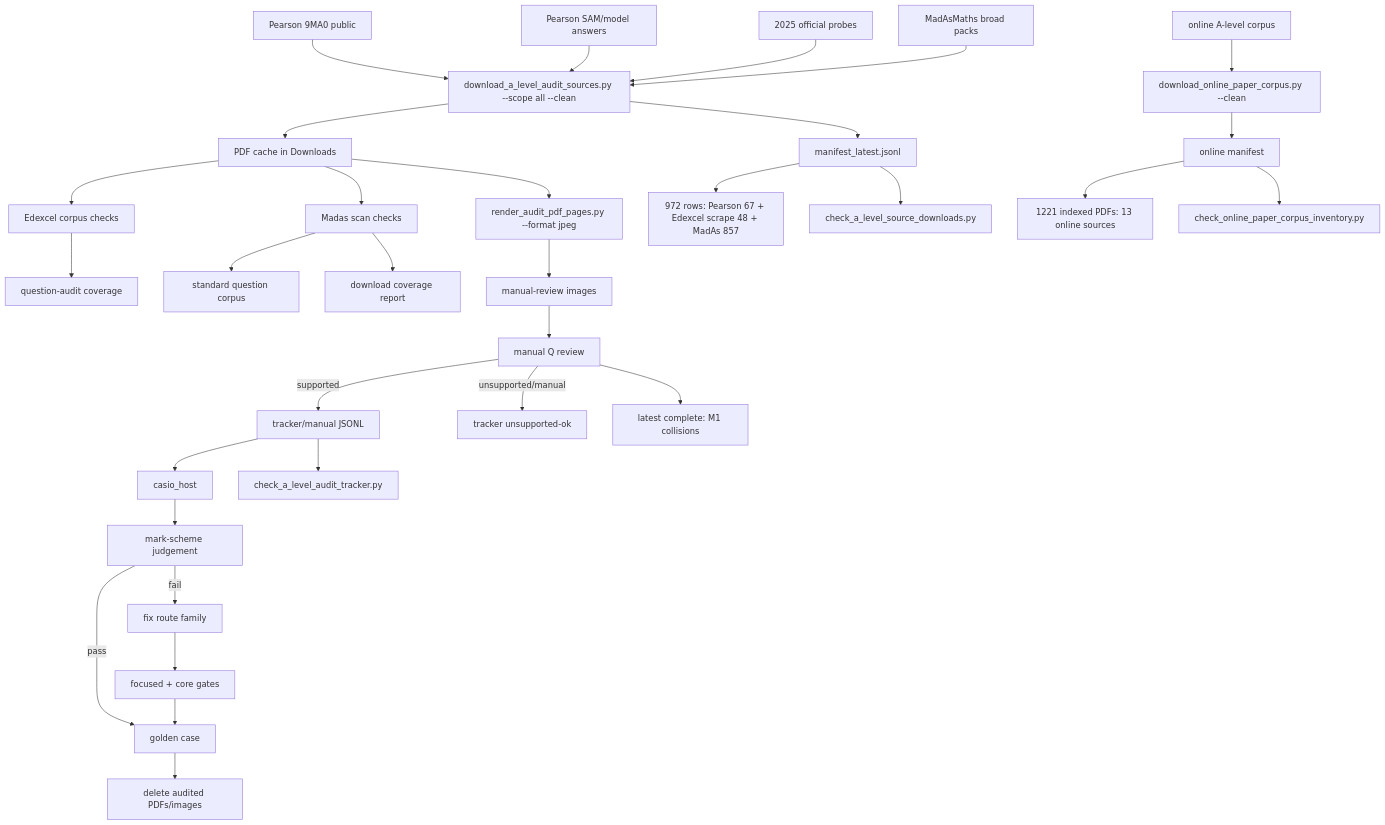
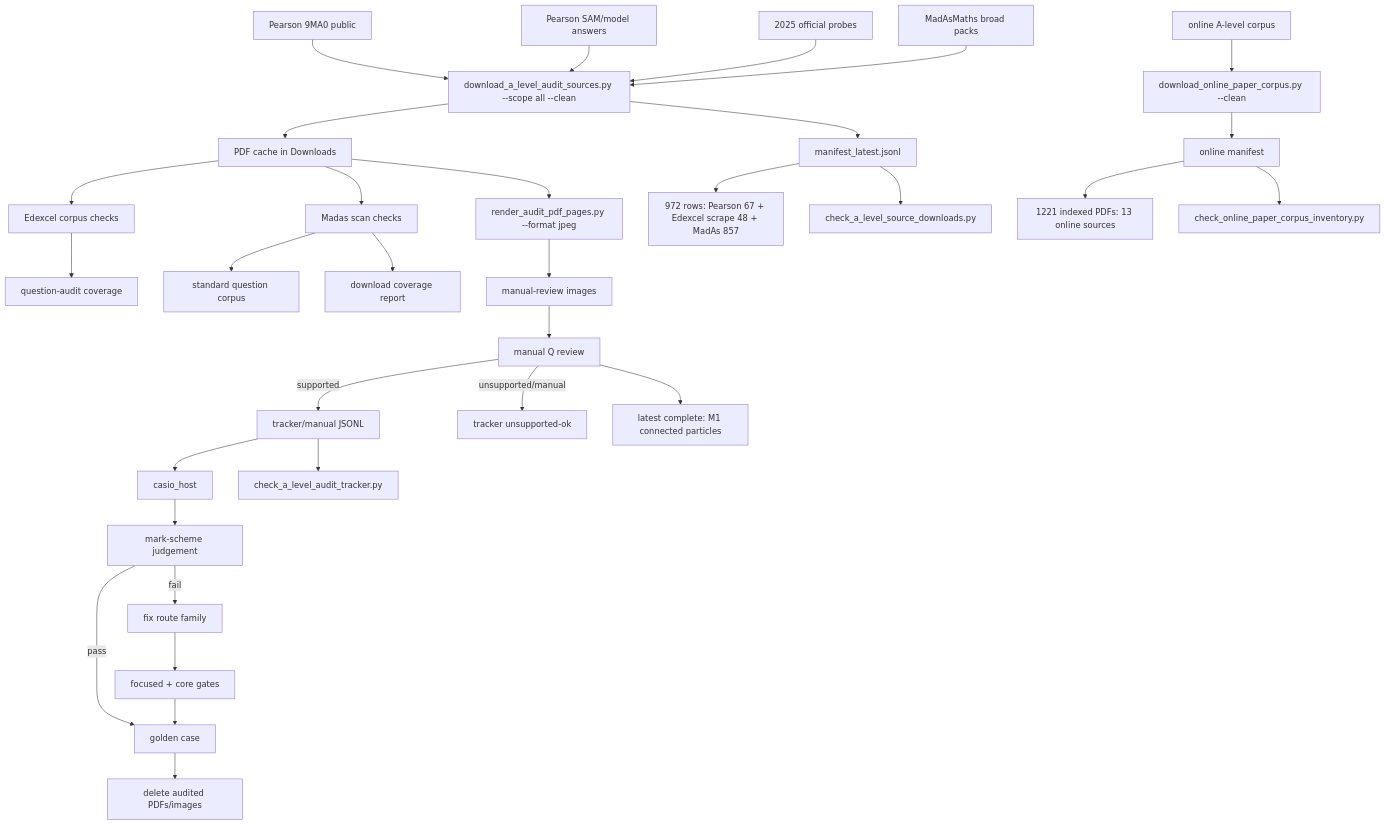
The diagram in c++/tools/golden/a_level_audit_graph.md (james8464/notes-addin-casio-fx-cg50), drawn with Mermaid before and after one commit. The commit also changed other lines of this file and 2 other files, not shown here.

Commit message:
Audit M1 connected particles booklet

````diff
--- a/c++/tools/golden/a_level_audit_graph.md
+++ b/c++/tools/golden/a_level_audit_graph.md
@@ -3,34 +3,34 @@
 ```mermaid
 graph TD
   E1["Pearson 9MA0 public"] --> D["download_a_level_audit_sources.py --scope all --clean"]
   E2["Pearson SAM/model answers"] --> D
   E3["2025 official probes"] --> D
   M1["MadAsMaths broad packs"] --> D
   O1["online A-level corpus"] --> OD["download_online_paper_corpus.py --clean"]
   D --> P["PDF cache in Downloads"]
   D --> X["manifest_latest.jsonl"]
   OD --> OX["online manifest"]
   X --> XC["972 rows: Pearson 67 + Edexcel scrape 48 + MadAs 857"]
   OX --> OC["1221 indexed PDFs: 13 online sources"]
   X --> V["check_a_level_source_downloads.py"]
   OX --> OV["check_online_paper_corpus_inventory.py"]
   P --> E["Edexcel corpus checks"]
   E --> EQ["question-audit coverage"]
   P --> S["Madas scan checks"]
   S --> M["standard question corpus"]
   S --> MC["download coverage report"]
   P --> R["render_audit_pdf_pages.py --format jpeg"]
   R --> I["manual-review images"]
   I --> Q["manual Q review"]
   Q -->|supported| J["tracker/manual JSONL"]
   Q -->|unsupported/manual| U["tracker unsupported-ok"]
   J --> H["casio_host"]
   J --> K["check_a_level_audit_tracker.py"]
   H --> C["mark-scheme judgement"]
   C -->|pass| G["golden case"]
   C -->|fail| F["fix route family"]
   F --> T["focused + core gates"]
   T --> G
   G --> Z["delete audited PDFs/images"]
-  Q --> Qt["latest complete: M1 collisions"]
+  Q --> Qt["latest complete: M1 connected particles"]
 ```
````
